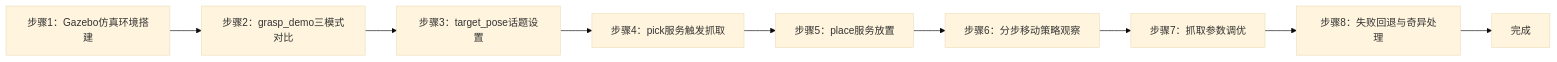
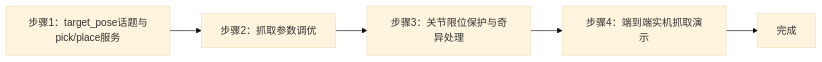
One commit to aibittek/course_generate_agent changed the diagram in courses/sheet1/arm_practice/_parts/experiment-6.md. Above: the diagram before and after it, drawn with Mermaid (base theme). The commit also changed other lines of this file and 11 other files, not shown here.

````diff
--- a/courses/sheet1/arm_practice/_parts/experiment-6.md
+++ b/courses/sheet1/arm_practice/_parts/experiment-6.md
@@ -72,11 +106,7 @@
 ```mermaid
 graph LR
-    A[步骤1：Gazebo仿真环境搭建] --> B[步骤2：grasp_demo三模式对比]
-    B --> C[步骤3：target_pose话题设置]
-    C --> D[步骤4：pick服务触发抓取]
-    D --> E[步骤5：place服务放置]
-    E --> F[步骤6：分步移动策略观察]
-    F --> G[步骤7：抓取参数调优]
-    G --> H[步骤8：失败回退与奇异处理]
-    H --> I[完成]
+    A[步骤1：target_pose话题与pick/place服务] --> B[步骤2：抓取参数调优]
+    B --> C[步骤3：关节限位保护与奇异处理]
+    C --> D[步骤4：端到端实机抓取演示]
+    D --> E[完成]
 ```
````
